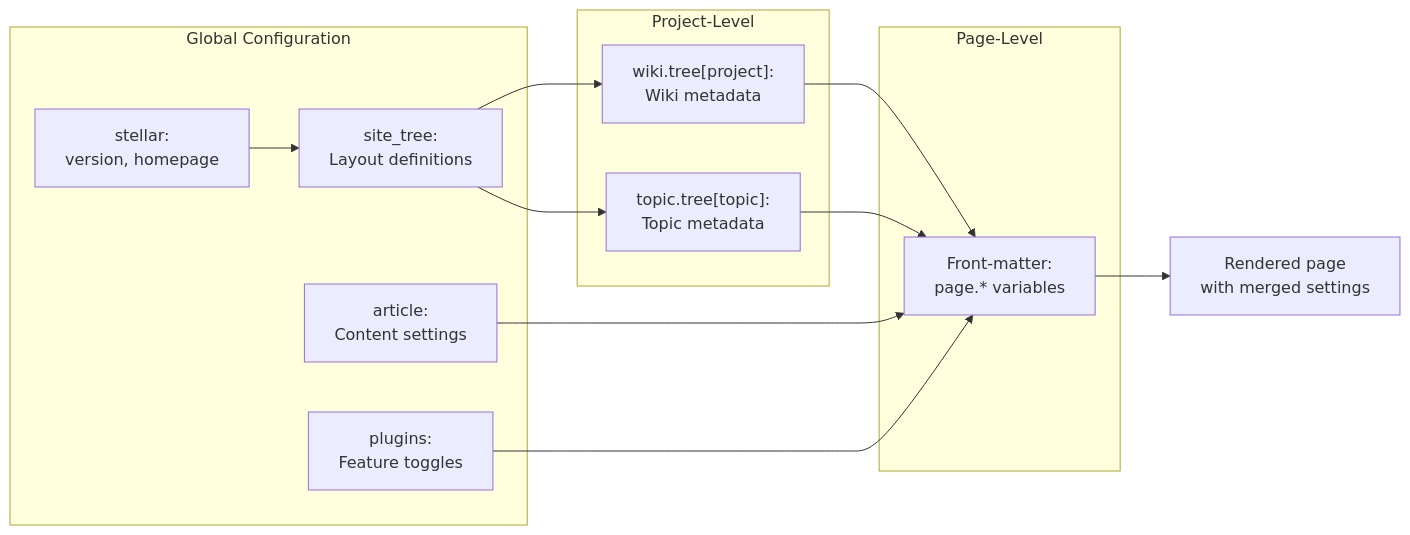
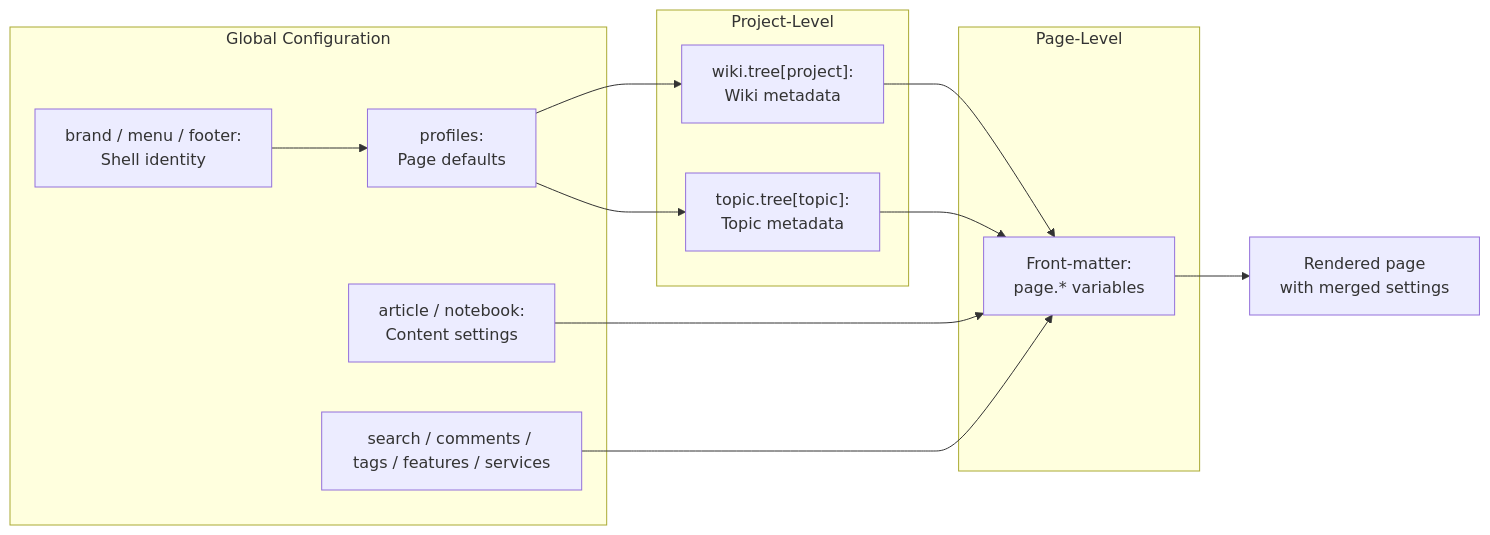
One commit to xaoxuu/hexo-theme-stellar changed the second of 5 diagrams in docs/knowledge/00-总览与安装配置/overview.md. Above: the diagram before and after it, drawn with Mermaid. The commit also changed other lines of this file and 861 other files, not shown here.

````diff
--- a/docs/knowledge/00-总览与安装配置/overview.md
+++ b/docs/knowledge/00-总览与安装配置/overview.md
@@ -91,28 +94,28 @@
 ```mermaid
 graph LR
     subgraph Global["Global Configuration"]
-        STELLAR["stellar:<br/>version, homepage"]
-        SITETREE["site_tree:<br/>Layout definitions"]
-        ARTICLE["article:<br/>Content settings"]
-        PLUGINS["plugins:<br/>Feature toggles"]
+        SITE["brand / menu / footer:<br/>Shell identity"]
+        PROFILES["profiles:<br/>Page defaults"]
+        CONTENT["article / notebook:<br/>Content settings"]
+        EXTENSIONS["search / comments / tags / features / services"]
     end
     
     subgraph Project["Project-Level"]
         WIKITREE["wiki.tree[project]:<br/>Wiki metadata"]
         TOPICTREE["topic.tree[topic]:<br/>Topic metadata"]
     end
     
     subgraph Page["Page-Level"]
         FRONTMATTER["Front-matter:<br/>page.* variables"]
     end
     
-    STELLAR --> SITETREE
-    SITETREE --> WIKITREE
-    SITETREE --> TOPICTREE
+    SITE --> PROFILES
+    PROFILES --> WIKITREE
+    PROFILES --> TOPICTREE
     WIKITREE --> FRONTMATTER
     TOPICTREE --> FRONTMATTER
-    ARTICLE --> FRONTMATTER
-    PLUGINS --> FRONTMATTER
+    CONTENT --> FRONTMATTER
+    EXTENSIONS --> FRONTMATTER
     
     FRONTMATTER --> OUTPUT["Rendered page<br/>with merged settings"]
 ```
````
